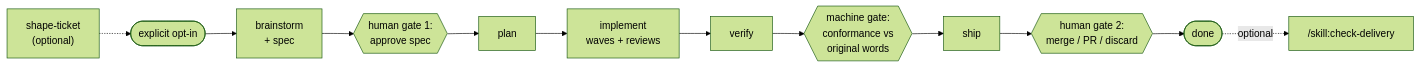
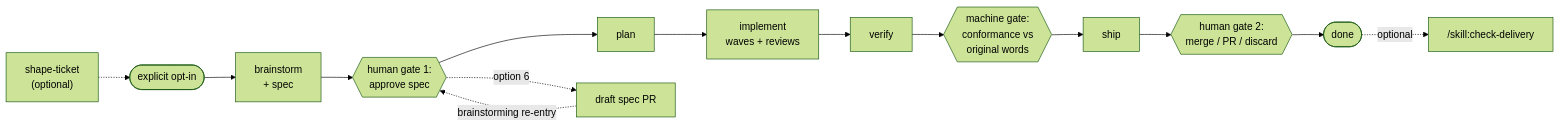
The diagram in README.md (jjuraszek/pi-gauntlet), drawn with Mermaid (forest theme) before and after one commit. The commit also changed other lines of this file and 3 other files, not shown here.

````diff
--- a/README.md
+++ b/README.md
@@ -50,15 +50,17 @@
 ```mermaid
 flowchart LR
     T["shape-ticket<br/>(optional)"]
     R([explicit opt-in]) --> B[brainstorm<br/>+ spec]
     T -.-> R
     B --> G1{{human gate 1:<br/>approve spec}}
     G1 --> P[plan]
+    G1 -.option 6.-> H[draft spec PR]
+    H -.brainstorming re-entry.-> G1
     P --> I[implement<br/>waves + reviews]
     I --> V[verify]
     V --> M{{machine gate:<br/>conformance vs<br/>original words}}
     M --> S[ship]
     S --> G2{{human gate 2:<br/>merge / PR / discard}}
     G2 --> D([done])
     D -.optional.-> CD["/skill:check-delivery"]
 ```
````
